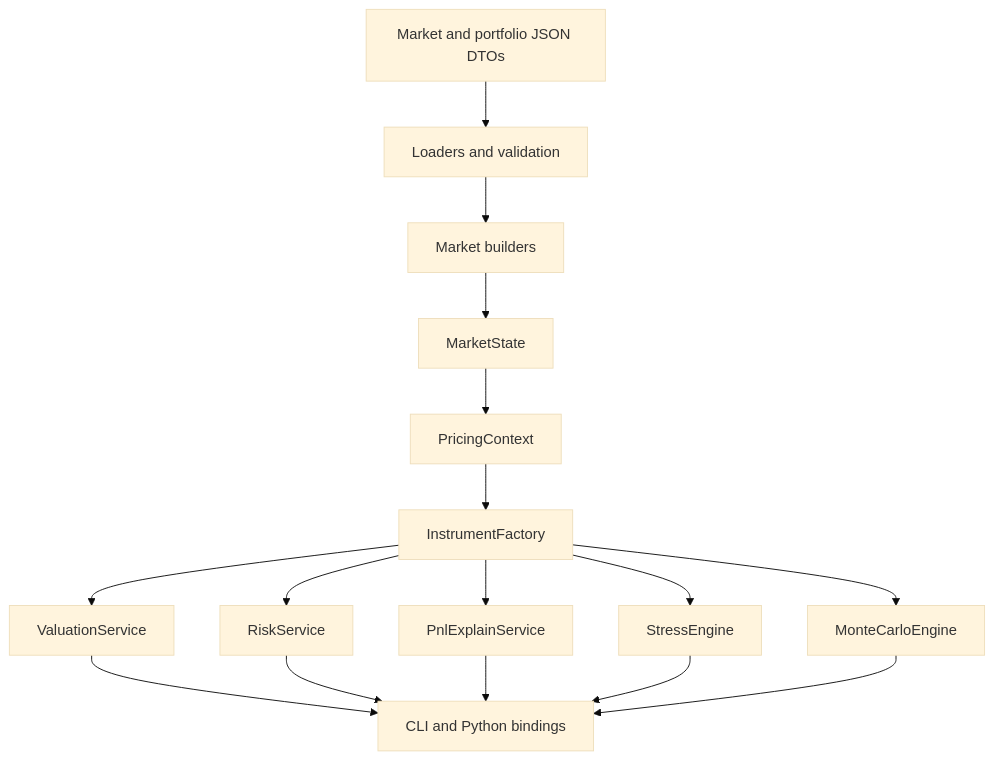
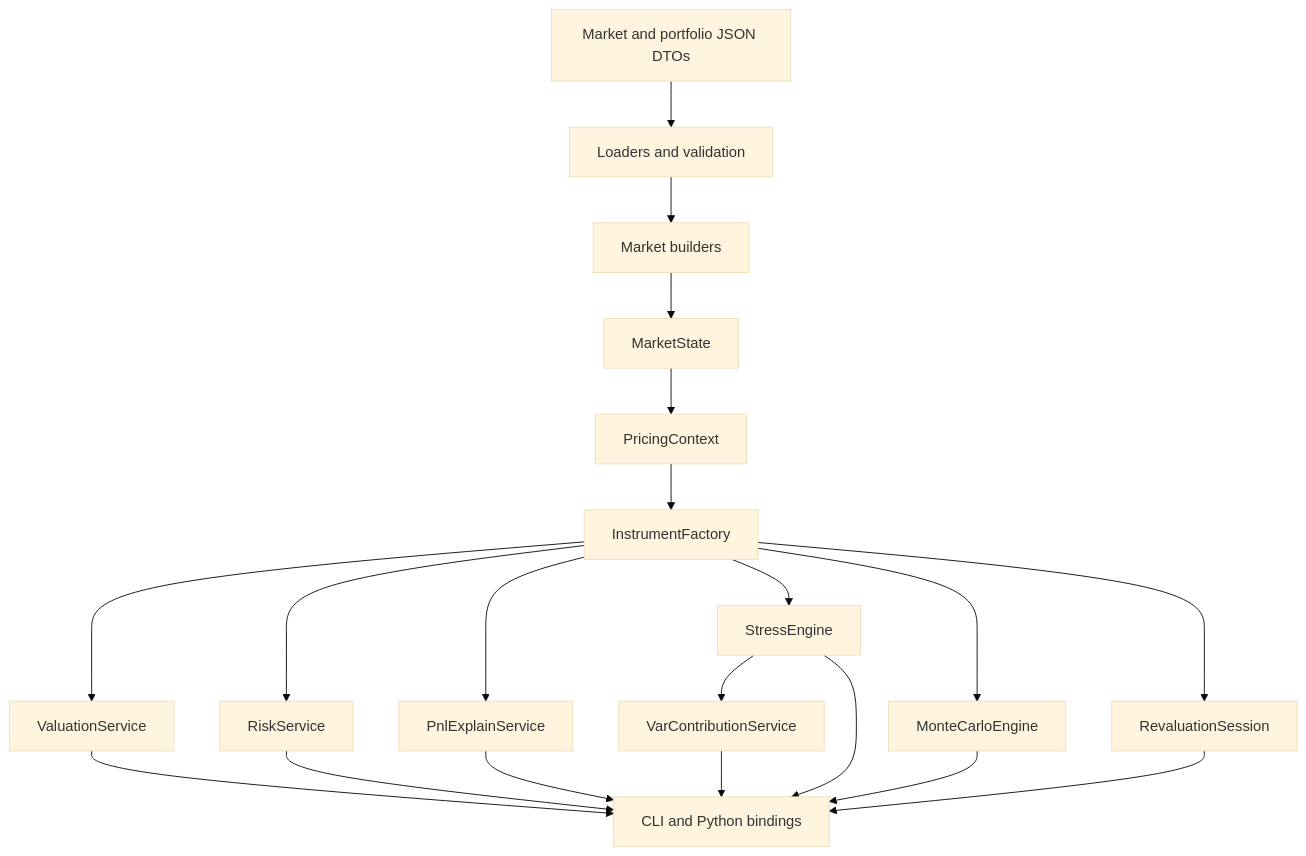
One commit to b-io/quant-risk-platform changed the first of 3 diagrams in docs/architecture/ARCHITECTURE.md. Above: the diagram before and after it, drawn with Mermaid (base theme). The commit also changed other lines of this file and 31 other files, not shown here.

````diff
--- a/docs/architecture/ARCHITECTURE.md
+++ b/docs/architecture/ARCHITECTURE.md
@@ -20,18 +20,22 @@
 ```mermaid
 flowchart TD
     A[Market and portfolio JSON DTOs] --> B[Loaders and validation]
     B --> C[Market builders]
     C --> D[MarketState]
     D --> E[PricingContext]
     E --> F[InstrumentFactory]
     F --> G[ValuationService]
     F --> H[RiskService]
     F --> I[PnlExplainService]
     F --> J[StressEngine]
     F --> K[MonteCarloEngine]
+    F --> R[RevaluationSession]
+    J --> V[VarContributionService]
     G --> L[CLI and Python bindings]
     H --> L
     I --> L
     J --> L
     K --> L
+    R --> L
+    V --> L
 ```
````
